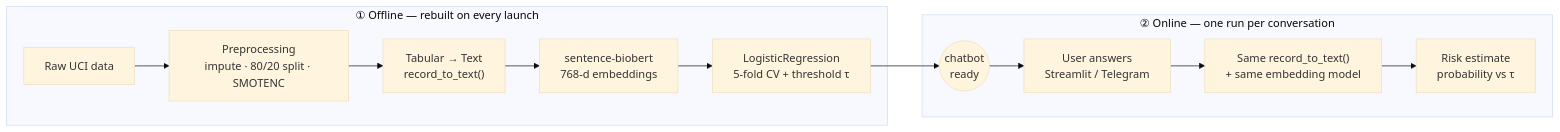
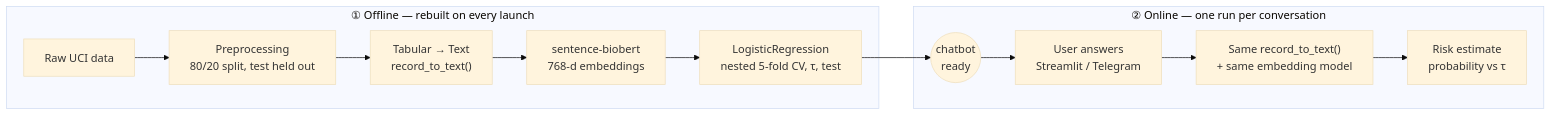
Before and after one commit to KevinPasquale88/chatbot-forecast: the diagram in README.md, drawn with Mermaid (base theme). The commit also changed other lines of this file and 14 other files, not shown here.

````diff
--- a/README.md
+++ b/README.md
@@ -12,15 +12,15 @@
 ```mermaid
 flowchart LR
     subgraph build["① Offline — rebuilt on every launch"]
-        A["Raw UCI data"] --> B["Preprocessing<br/>impute · 80/20 split · SMOTENC"]
+        A["Raw UCI data"] --> B["Preprocessing<br/>80/20 split, test held out"]
         B --> C["Tabular → Text<br/>record_to_text()"]
         C --> D["sentence-biobert<br/>768-d embeddings"]
-        D --> E["LogisticRegression<br/>5-fold CV + threshold τ"]
+        D --> E["LogisticRegression<br/>nested 5-fold CV, τ, test"]
     end
     E --> F(("chatbot<br/>ready"))
     subgraph chat["② Online — one run per conversation"]
         F --> G["User answers<br/>Streamlit / Telegram"]
         G --> H["Same record_to_text()<br/>+ same embedding model"]
         H --> I["Risk estimate<br/>probability vs τ"]
     end
 ```
````
